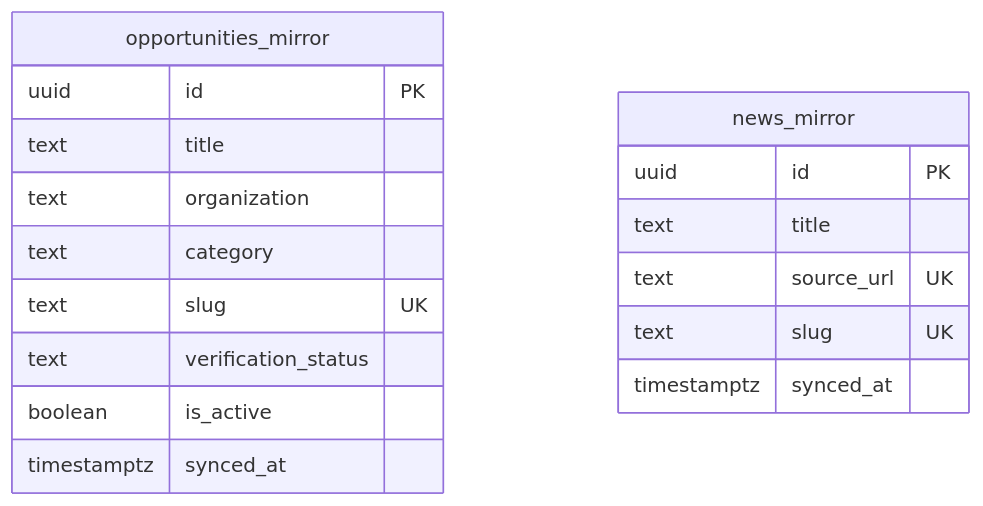
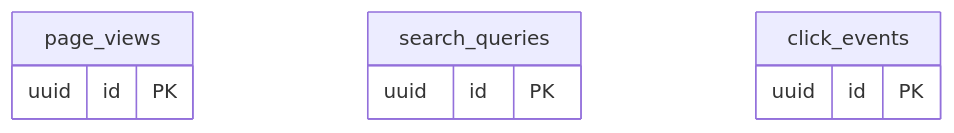
One commit to amitkr26/SiliconPath changed the fourth of 4 diagrams in project-bible/06-database/er-diagram.md. Above: the diagram before and after it, drawn with Mermaid. The commit also changed other lines of this file and 40 other files, not shown here.

````diff
--- a/project-bible/06-database/er-diagram.md
+++ b/project-bible/06-database/er-diagram.md
@@ -209,21 +137,12 @@
 ```mermaid
 erDiagram
-    opportunities_mirror {
+    page_views {
         uuid id PK
-        text title
-        text organization
-        text category
-        text slug UK
-        text verification_status
-        boolean is_active
-        timestamptz synced_at
     }
-    
-    news_mirror {
+    search_queries {
         uuid id PK
-        text title
-        text source_url UK
-        text slug UK
-        timestamptz synced_at
+    }
+    click_events {
+        uuid id PK
     }
 ```
````
